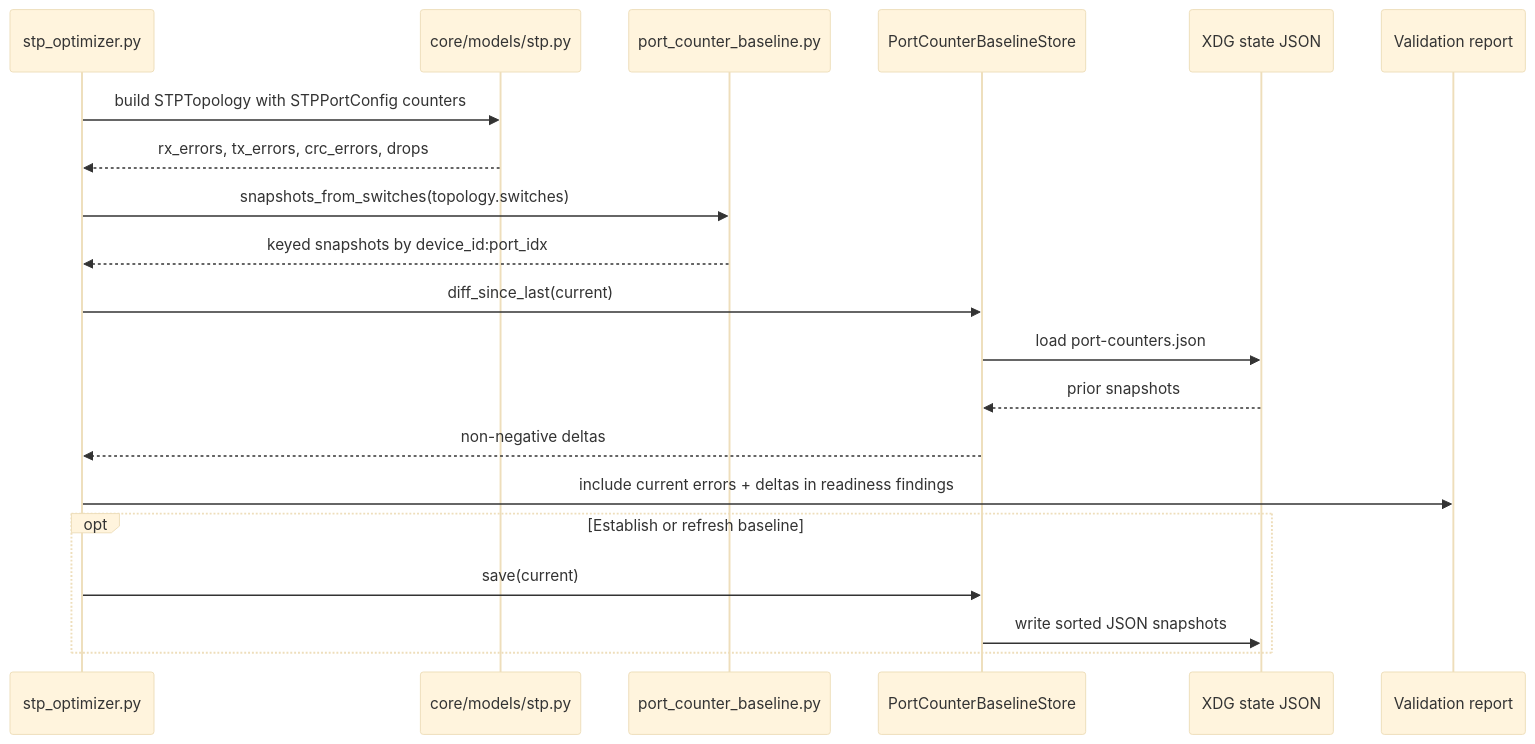
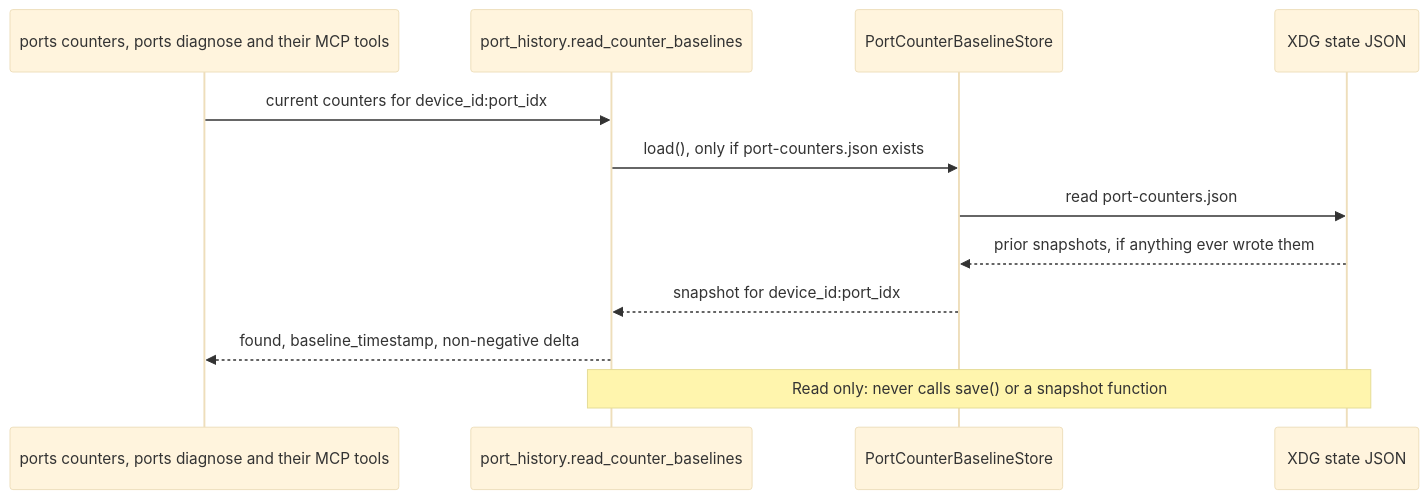
Before and after one commit to NetDevAutomate/unifi_management_cli: diagram 12 of 16 in docs/architecture/codemap.md, drawn with Mermaid (base theme). The commit also changed other lines of this file, not shown here.

Commit message:
docs(codemap): stop claiming stp_optimizer uses the port counter baseline
Section 20.4 showed stp_optimizer.py snapshotting STP port counters,
diffing them against PortCounterBaselineStore and saving a new baseline.
None of that happens: nothing calls save() or snapshots_from_switches(),
and stp_optimizer reads counters from the topology without the store.
The only consumer is port_history.read_counter_baselines, which reads
the store when the file exists and never writes it.

Redraw the sequence as that read-only path, say the store has no
producer, and link the open wire-or-delete decision (issue 002).

````diff
--- a/docs/architecture/codemap.md
+++ b/docs/architecture/codemap.md
@@ -1383,23 +1385,15 @@
 ```mermaid
 sequenceDiagram
-    participant STP as stp_optimizer.py
-    participant Model as core/models/stp.py
-    participant Base as port_counter_baseline.py
+    participant Cmd as ports counters, ports diagnose and their MCP tools
+    participant Hist as port_history.read_counter_baselines
     participant Store as PortCounterBaselineStore
     participant Disk as XDG state JSON
-    participant Report as Validation report
 
-    STP->>Model: build STPTopology with STPPortConfig counters
-    Model-->>STP: rx_errors, tx_errors, crc_errors, drops
-    STP->>Base: snapshots_from_switches(topology.switches)
-    Base-->>STP: keyed snapshots by device_id:port_idx
-    STP->>Store: diff_since_last(current)
-    Store->>Disk: load port-counters.json
-    Disk-->>Store: prior snapshots
-    Store-->>STP: non-negative deltas
-    STP->>Report: include current errors + deltas in readiness findings
-    opt Establish or refresh baseline
-        STP->>Store: save(current)
-        Store->>Disk: write sorted JSON snapshots
-    end
+    Cmd->>Hist: current counters for device_id:port_idx
+    Hist->>Store: load(), only if port-counters.json exists
+    Store->>Disk: read port-counters.json
+    Disk-->>Store: prior snapshots, if anything ever wrote them
+    Store-->>Hist: snapshot for device_id:port_idx
+    Hist-->>Cmd: found, baseline_timestamp, non-negative delta
+    Note over Hist,Disk: Read only: never calls save() or a snapshot function
 ```
````
